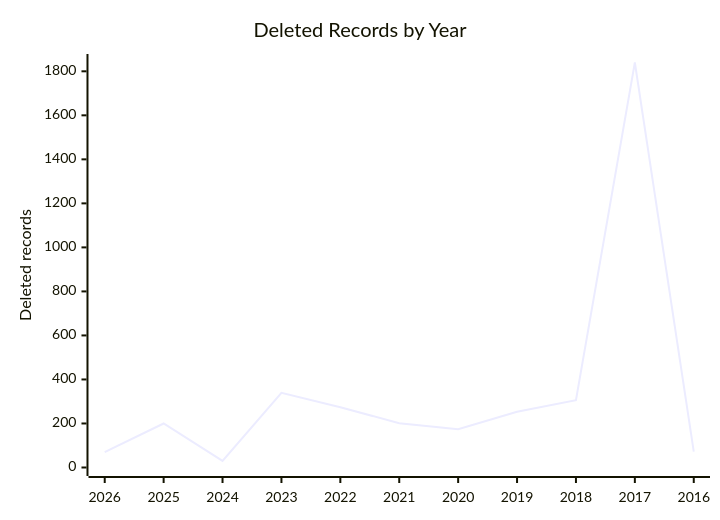
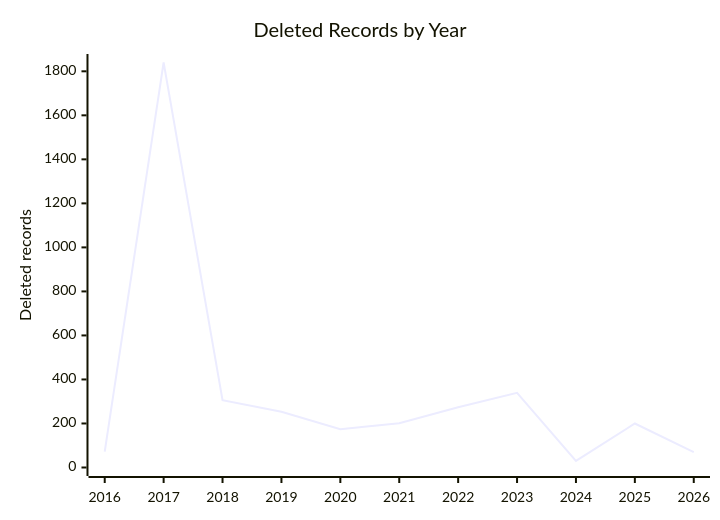
Before and after one commit to PatLittle/test: the diagram in DELETED_DATA_REPORT/README.md, drawn with Mermaid. The commit also changed other lines of this file and 3 other files, not shown here.

````diff
--- a/DELETED_DATA_REPORT/README.md
+++ b/DELETED_DATA_REPORT/README.md
@@ -21,7 +24,7 @@
 ```mermaid
 xychart-beta
     title "Deleted Records by Year"
-    x-axis [2026, 2025, 2024, 2023, 2022, 2021, 2020, 2019, 2018, 2017, 2016]
+    x-axis [2016, 2017, 2018, 2019, 2020, 2021, 2022, 2023, 2024, 2025, 2026]
     y-axis "Deleted records" 0 --> 1840
-    line [70, 200, 30, 339, 274, 201, 174, 253, 306, 1840, 72]
+    line [72, 1840, 306, 253, 174, 201, 274, 339, 30, 200, 70]
 ```
````
